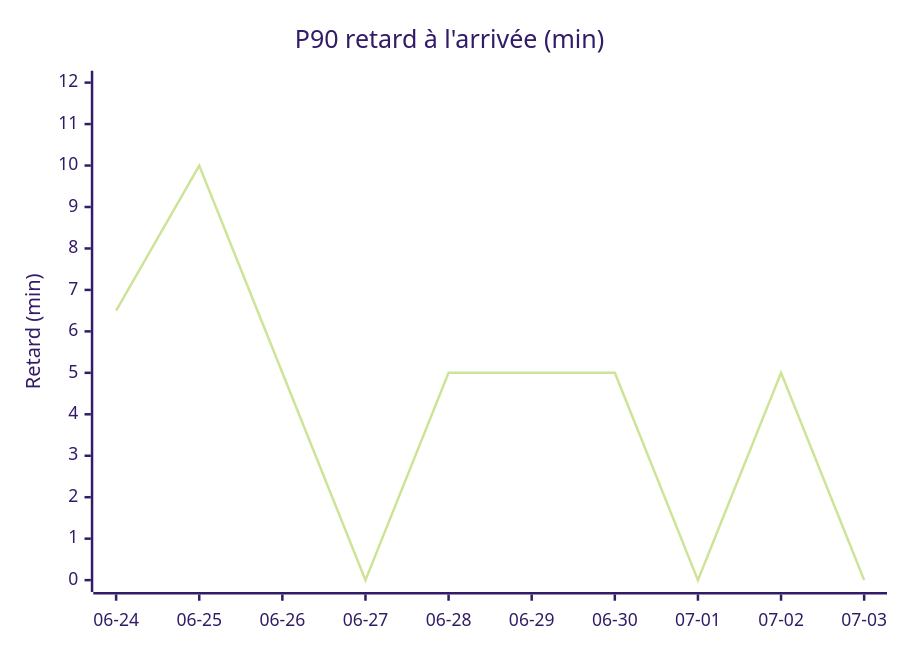
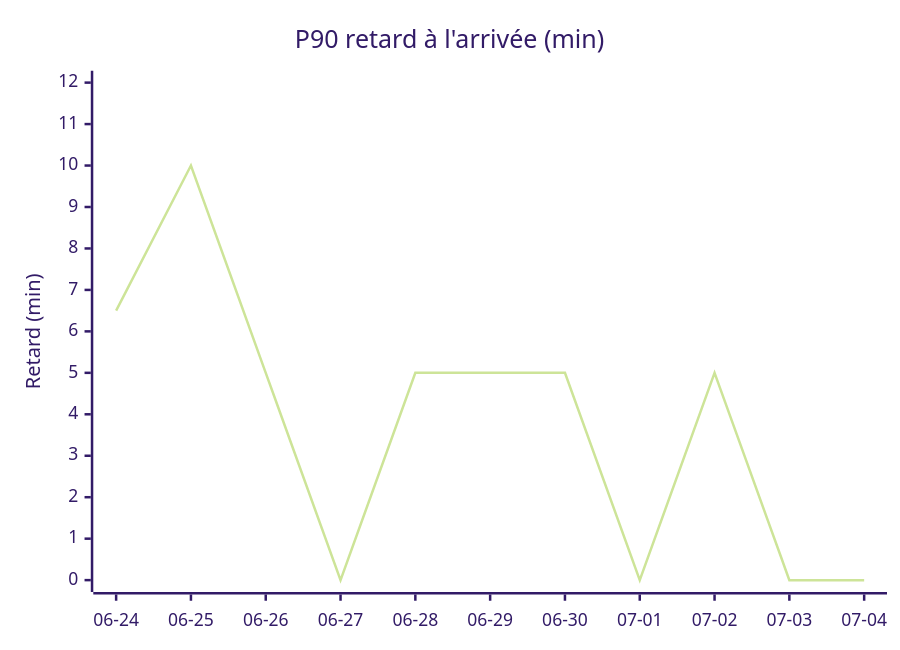
The first of 4 diagrams in STATS.md (antoinerep/horaire-ter), drawn with Mermaid (forest theme) before and after one commit. The commit also changed other lines of this file and 1 other file, not shown here.

````diff
--- a/STATS.md
+++ b/STATS.md
@@ -29,7 +29,7 @@
 ```mermaid
 xychart-beta
     title "P90 retard à l'arrivée (min)"
-    x-axis ["06-24", "06-25", "06-26", "06-27", "06-28", "06-29", "06-30", "07-01", "07-02", "07-03"]
+    x-axis ["06-24", "06-25", "06-26", "06-27", "06-28", "06-29", "06-30", "07-01", "07-02", "07-03", "07-04"]
     y-axis "Retard (min)" 0 --> 12
-    line [6.5, 10.0, 5.0, 0.0, 5.0, 5.0, 5.0, 0.0, 5.0, 0.0]
+    line [6.5, 10.0, 5.0, 0.0, 5.0, 5.0, 5.0, 0.0, 5.0, 0.0, 0.0]
 ```
````
